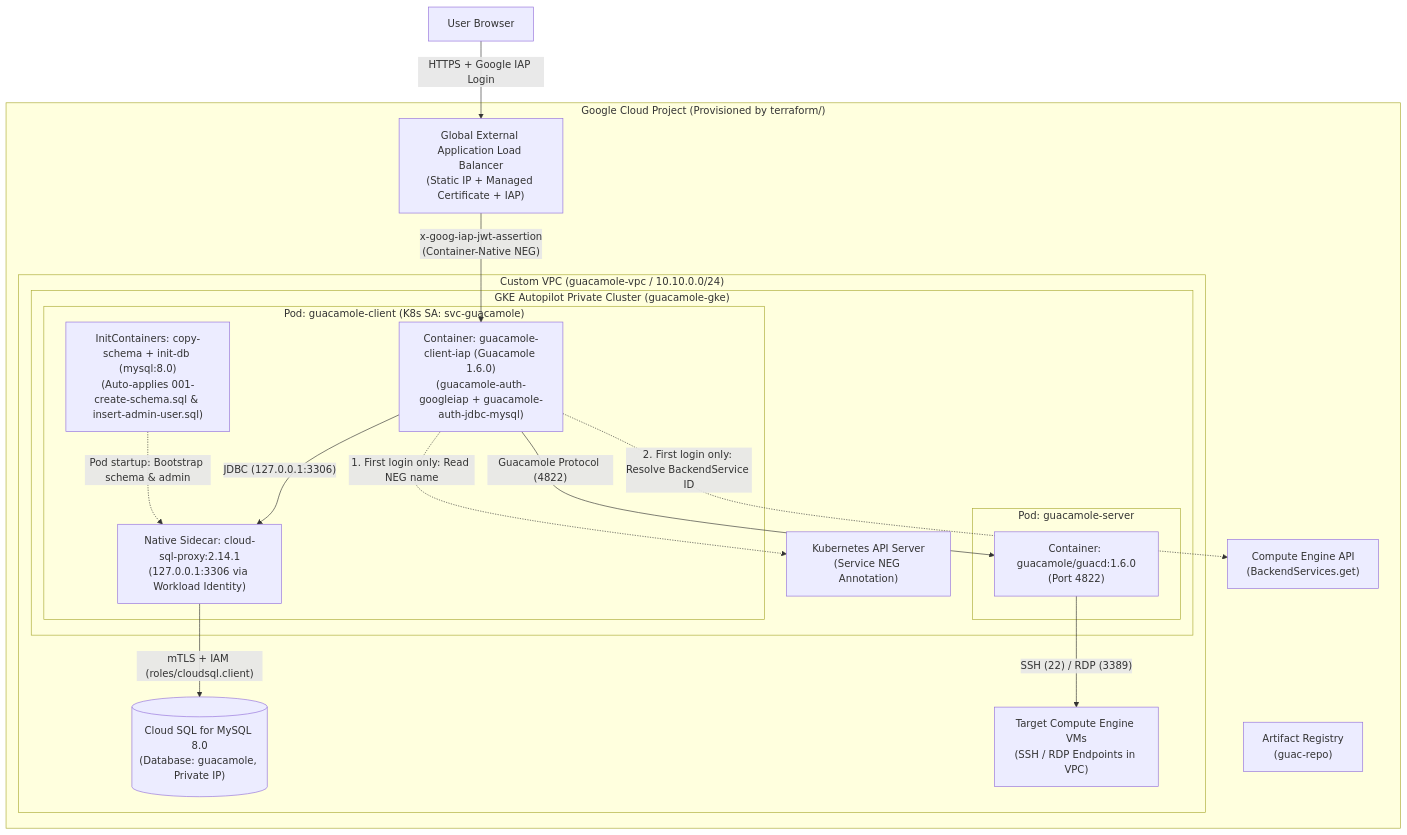
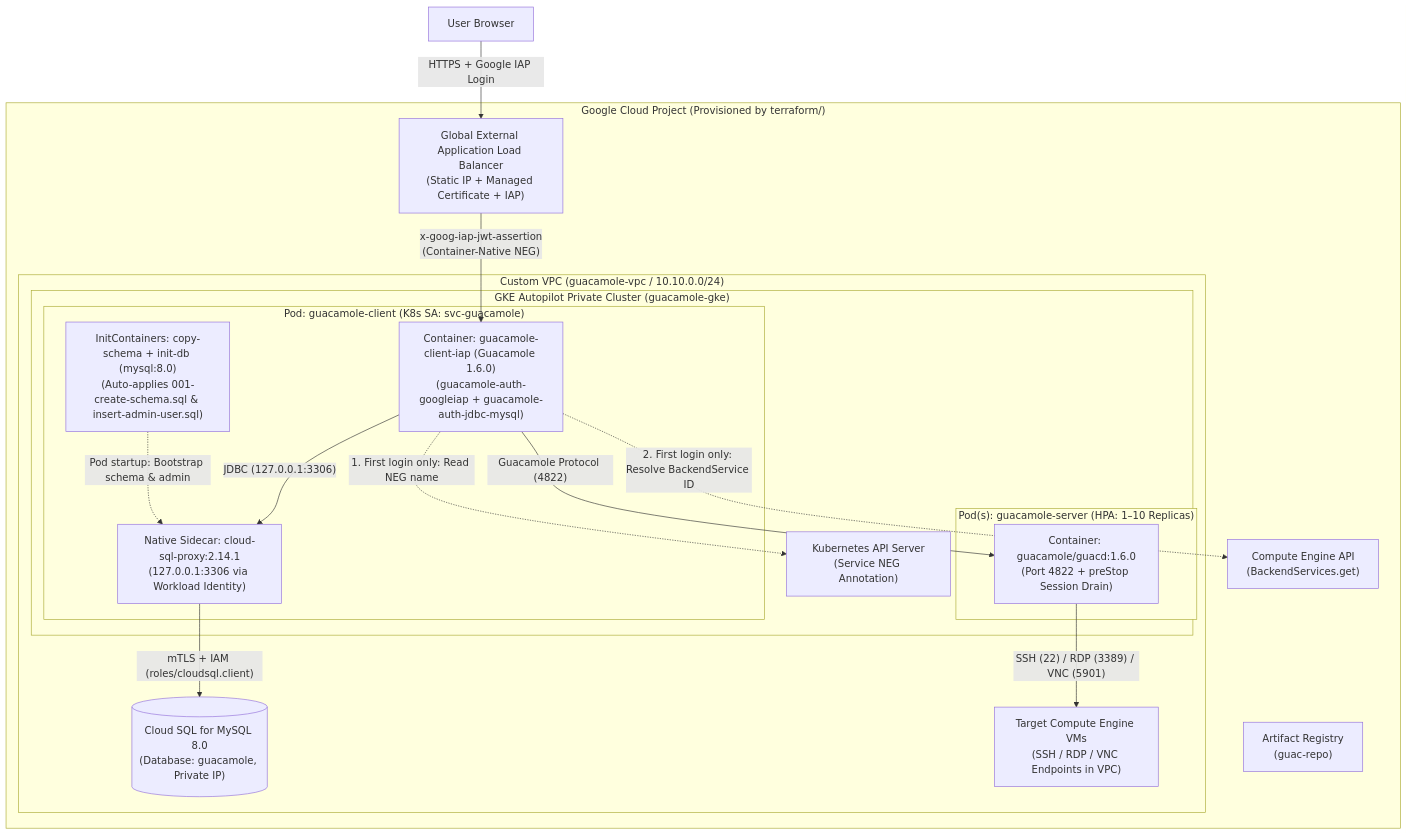
Before and after one commit to GoogleCloudPlatform/guacamole-on-gcp: the diagram in README.md, drawn with Mermaid. The commit also changed other lines of this file and 4 other files, not shown here.

Commit message:
feat(k8s): add HorizontalPodAutoscaler and preStop session draining for guacd

````diff
--- a/README.md
+++ b/README.md
@@ -11,36 +11,36 @@
 ```mermaid
 flowchart TB
     User["User Browser"]
     subgraph GCP["Google Cloud Project (Provisioned by terraform/)"]
         GLB["Global External Application Load Balancer<br/>(Static IP + Managed Certificate + IAP)"]
         ComputeAPI["Compute Engine API<br/>(BackendServices.get)"]
         AR["Artifact Registry<br/>(guac-repo)"]
 
         subgraph VPC["Custom VPC (guacamole-vpc / 10.10.0.0/24)"]
             subgraph GKE["GKE Autopilot Private Cluster (guacamole-gke)"]
                 K8sAPI["Kubernetes API Server<br/>(Service NEG Annotation)"]
                 subgraph PodClient["Pod: guacamole-client (K8s SA: svc-guacamole)"]
                     InitDB["InitContainers: copy-schema + init-db (mysql:8.0)<br/>(Auto-applies 001-create-schema.sql & insert-admin-user.sql)"]
                     GuacClient["Container: guacamole-client-iap (Guacamole 1.6.0)<br/>(guacamole-auth-googleiap + guacamole-auth-jdbc-mysql)"]
                     SQLProxy["Native Sidecar: cloud-sql-proxy:2.14.1<br/>(127.0.0.1:3306 via Workload Identity)"]
                 end
-                subgraph PodServer["Pod: guacamole-server"]
-                    Guacd["Container: guacamole/guacd:1.6.0<br/>(Port 4822)"]
+                subgraph PodServer["Pod(s): guacamole-server (HPA: 1–10 Replicas)"]
+                    Guacd["Container: guacamole/guacd:1.6.0<br/>(Port 4822 + preStop Session Drain)"]
                 end
             end
 
             CloudSQL[("Cloud SQL for MySQL 8.0<br/>(Database: guacamole, Private IP)")]
-            TargetVMs["Target Compute Engine VMs<br/>(SSH / RDP Endpoints in VPC)"]
+            TargetVMs["Target Compute Engine VMs<br/>(SSH / RDP / VNC Endpoints in VPC)"]
         end
     end
 
     User -->|"HTTPS + Google IAP Login"| GLB
     GLB -->|"x-goog-iap-jwt-assertion<br/>(Container-Native NEG)"| GuacClient
     GuacClient -.->|"1. First login only: Read NEG name"| K8sAPI
     GuacClient -.->|"2. First login only: Resolve BackendService ID"| ComputeAPI
     InitDB -.->|"Pod startup: Bootstrap schema & admin"| SQLProxy
     GuacClient -->|"JDBC (127.0.0.1:3306)"| SQLProxy
     SQLProxy -->|"mTLS + IAM (roles/cloudsql.client)"| CloudSQL
     GuacClient -->|"Guacamole Protocol (4822)"| Guacd
-    Guacd -->|"SSH (22) / RDP (3389)"| TargetVMs
+    Guacd -->|"SSH (22) / RDP (3389) / VNC (5901)"| TargetVMs
 ```
````
